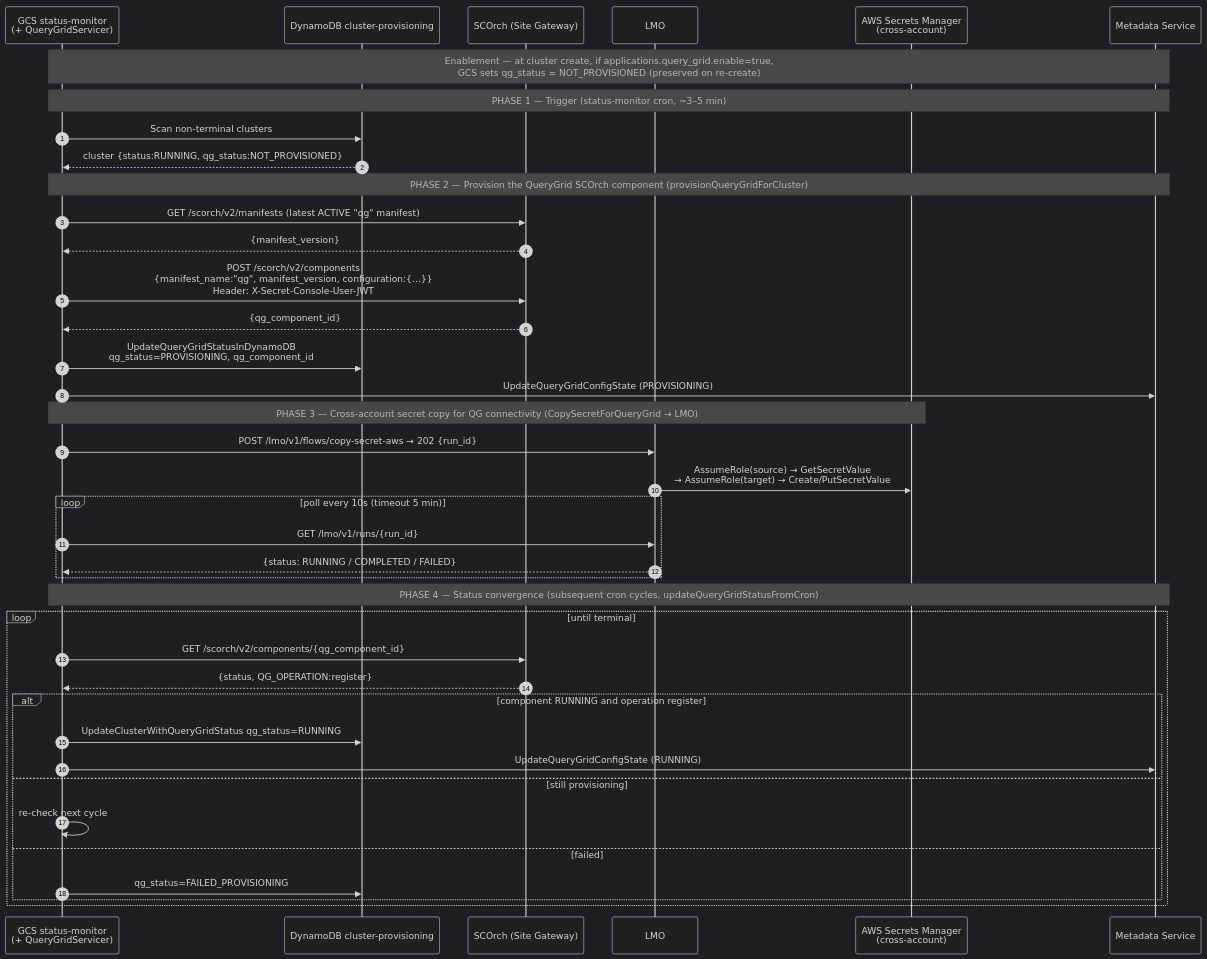
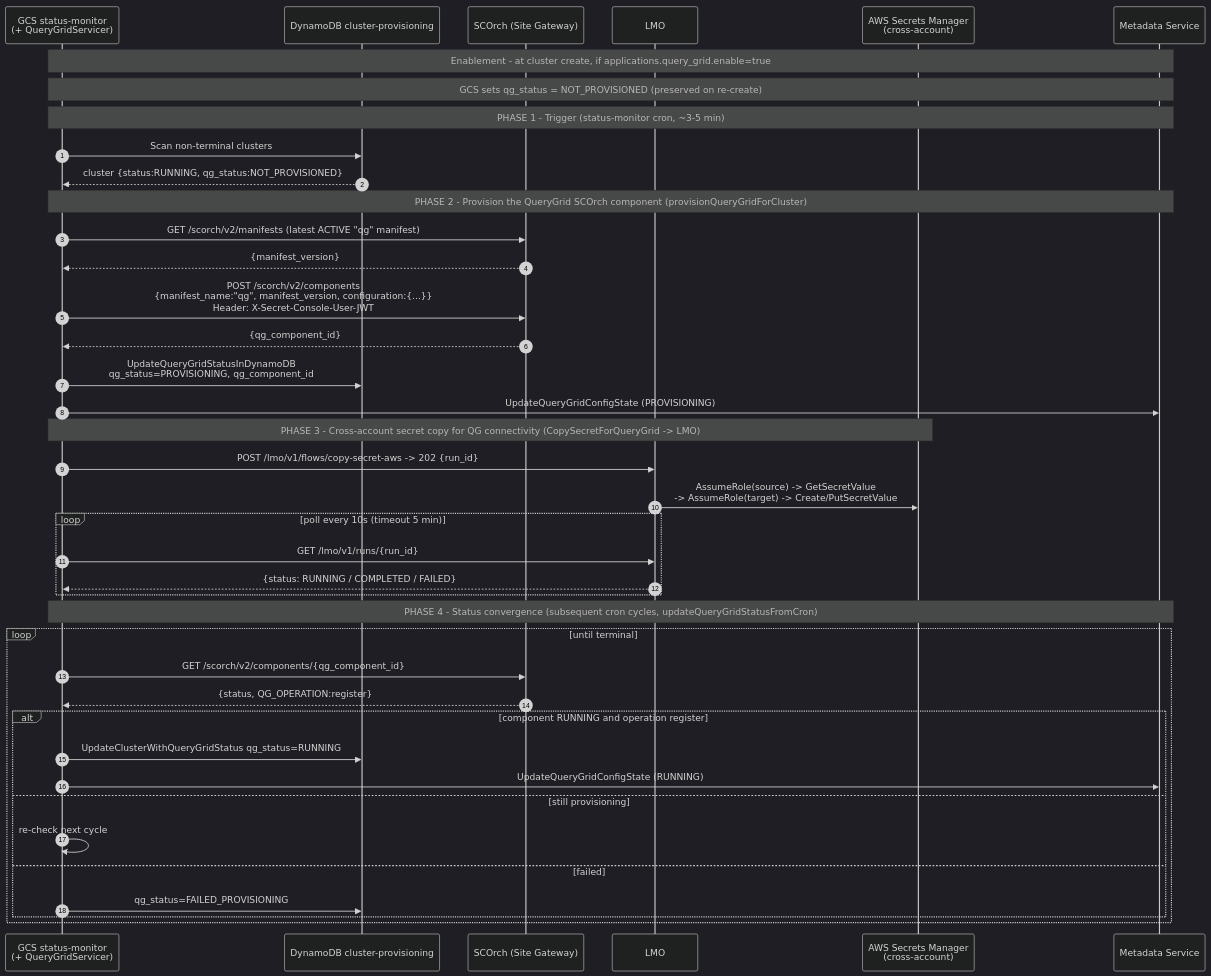
Before and after one commit to tisan-das/agent-skills: the fifth of 9 diagrams in skills/ce-ops/references/CE-PROVISIONING-DEPROVISIONING.md, drawn with Mermaid (dark theme). The commit also changed other lines of this file and 1 other file, not shown here.

First line of the commit message:
fix(ce-ops): make the legacy diagrams obey the pure-ASCII render rule

````diff
--- a/skills/ce-ops/references/CE-PROVISIONING-DEPROVISIONING.md
+++ b/skills/ce-ops/references/CE-PROVISIONING-DEPROVISIONING.md
@@ -490,46 +490,47 @@
 ```mermaid
 sequenceDiagram
     autonumber
     participant SM as GCS status-monitor<br/>(+ QueryGridServicer)
     participant DDB as DynamoDB cluster-provisioning
     participant SCORCH as SCOrch (Site Gateway)
     participant LMO as LMO
     participant SEC as AWS Secrets Manager<br/>(cross-account)
     participant META as Metadata Service
 
-    Note over SM,META: Enablement — at cluster create, if applications.query_grid.enable=true,<br/>GCS sets qg_status = NOT_PROVISIONED (preserved on re-create)
+    Note over SM,META: Enablement - at cluster create, if applications.query_grid.enable=true
+    Note over SM,META: GCS sets qg_status = NOT_PROVISIONED (preserved on re-create)
 
-    Note over SM,META: PHASE 1 — Trigger (status-monitor cron, ~3–5 min)
+    Note over SM,META: PHASE 1 - Trigger (status-monitor cron, ~3-5 min)
     SM->>DDB: Scan non-terminal clusters
     DDB-->>SM: cluster {status:RUNNING, qg_status:NOT_PROVISIONED}
 
-    Note over SM,META: PHASE 2 — Provision the QueryGrid SCOrch component (provisionQueryGridForCluster)
+    Note over SM,META: PHASE 2 - Provision the QueryGrid SCOrch component (provisionQueryGridForCluster)
     SM->>SCORCH: GET /scorch/v2/manifests  (latest ACTIVE "qg" manifest)
     SCORCH-->>SM: {manifest_version}
-    SM->>SCORCH: POST /scorch/v2/components<br/>{manifest_name:"qg", manifest_version, configuration:{…}}<br/>Header: X-Secret-Console-User-JWT
+    SM->>SCORCH: POST /scorch/v2/components<br/>{manifest_name:"qg", manifest_version, configuration:{...}}<br/>Header: X-Secret-Console-User-JWT
     SCORCH-->>SM: {qg_component_id}
     SM->>DDB: UpdateQueryGridStatusInDynamoDB<br/>qg_status=PROVISIONING, qg_component_id
     SM->>META: UpdateQueryGridConfigState (PROVISIONING)
 
-    Note over SM,SEC: PHASE 3 — Cross-account secret copy for QG connectivity (CopySecretForQueryGrid → LMO)
-    SM->>LMO: POST /lmo/v1/flows/copy-secret-aws  → 202 {run_id}
-    LMO->>SEC: AssumeRole(source) → GetSecretValue<br/>→ AssumeRole(target) → Create/PutSecretValue
+    Note over SM,SEC: PHASE 3 - Cross-account secret copy for QG connectivity (CopySecretForQueryGrid -> LMO)
+    SM->>LMO: POST /lmo/v1/flows/copy-secret-aws  -> 202 {run_id}
+    LMO->>SEC: AssumeRole(source) -> GetSecretValue<br/>-> AssumeRole(target) -> Create/PutSecretValue
     loop poll every 10s (timeout 5 min)
         SM->>LMO: GET /lmo/v1/runs/{run_id}
         LMO-->>SM: {status: RUNNING / COMPLETED / FAILED}
     end
 
-    Note over SM,META: PHASE 4 — Status convergence (subsequent cron cycles, updateQueryGridStatusFromCron)
+    Note over SM,META: PHASE 4 - Status convergence (subsequent cron cycles, updateQueryGridStatusFromCron)
     loop until terminal
         SM->>SCORCH: GET /scorch/v2/components/{qg_component_id}
         SCORCH-->>SM: {status, QG_OPERATION:register}
         alt component RUNNING and operation register
             SM->>DDB: UpdateClusterWithQueryGridStatus  qg_status=RUNNING
             SM->>META: UpdateQueryGridConfigState (RUNNING)
         else still provisioning
             SM->>SM: re-check next cycle
         else failed
             SM->>DDB: qg_status=FAILED_PROVISIONING
         end
     end
 ```
````
